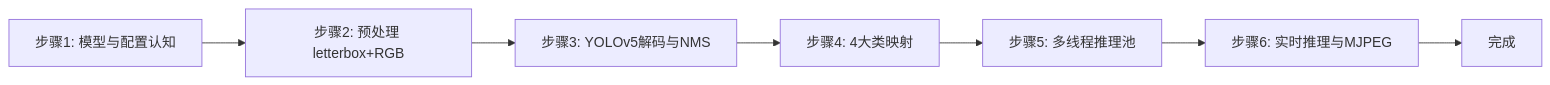
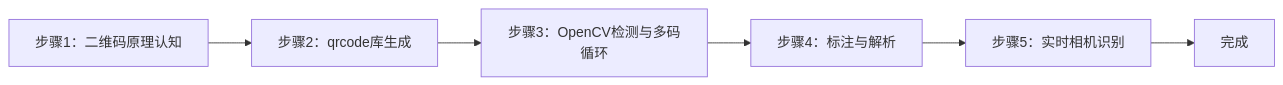
The first of 6 diagrams in courses/sheet1/robot_vision/_parts/experiment-2.md (aibittek/course_generate_agent), drawn with Mermaid before and after one commit. The commit also changed other lines of this file and 98 other files, not shown here.

````diff
--- a/courses/sheet1/robot_vision/_parts/experiment-2.md
+++ b/courses/sheet1/robot_vision/_parts/experiment-2.md
@@ -94,9 +89,8 @@
 ```mermaid
 graph LR
-    A[步骤1: 模型与配置认知] --> B[步骤2: 预处理 letterbox+RGB]
-    B --> C[步骤3: YOLOv5解码与NMS]
-    C --> D[步骤4: 4大类映射]
-    D --> E[步骤5: 多线程推理池]
-    E --> F[步骤6: 实时推理与MJPEG]
-    F --> G[完成]
+    A[步骤1：二维码原理认知] --> B[步骤2：qrcode库生成]
+    B --> C[步骤3：OpenCV检测与多码循环]
+    C --> D[步骤4：标注与解析]
+    D --> E[步骤5：实时相机识别]
+    E --> F[完成]
 ```
````
